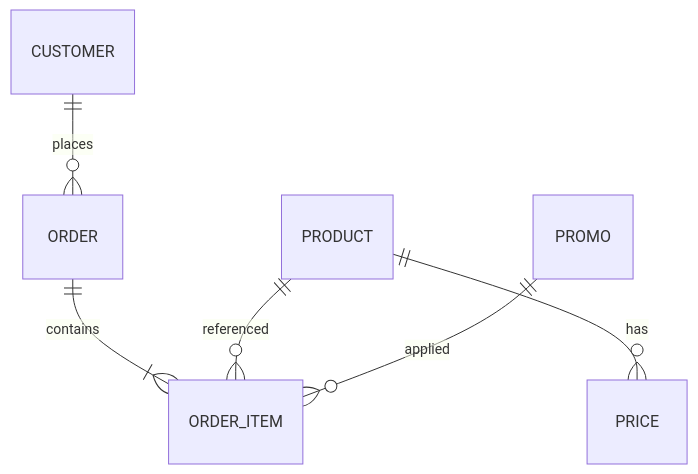
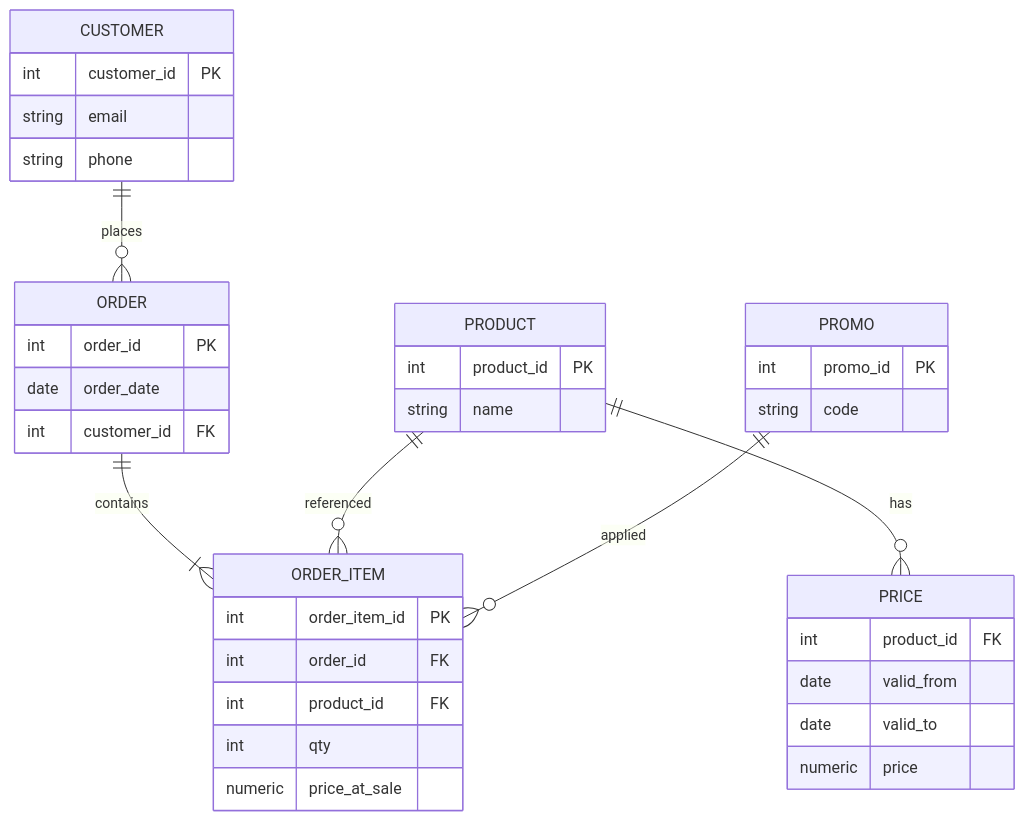
Before and after one commit to dementev-dev/de-roadmap: the first of 10 diagrams in dwh-modeling-ds.md, drawn with Mermaid. The commit also changed other lines of this file, not shown here.

````diff
--- a/dwh-modeling-ds.md
+++ b/dwh-modeling-ds.md
@@ -47,8 +47,39 @@
 ```mermaid
 erDiagram
     CUSTOMER ||--o{ ORDER : places
     ORDER ||--|{ ORDER_ITEM : contains
     PRODUCT ||--o{ ORDER_ITEM : referenced
     PRODUCT ||--o{ PRICE : has
     PROMO ||--o{ ORDER_ITEM : applied
+    CUSTOMER {
+      int customer_id PK
+      string email
+      string phone
+    }
+    PRODUCT {
+      int product_id PK
+      string name
+    }
+    ORDER {
+      int order_id PK
+      date order_date
+      int customer_id FK
+    }
+    ORDER_ITEM {
+      int order_item_id PK
+      int order_id FK
+      int product_id FK
+      int qty
+      numeric price_at_sale
+    }
+    PRICE {
+      int product_id FK
+      date valid_from
+      date valid_to
+      numeric price
+    }
+    PROMO {
+      int promo_id PK
+      string code
+    }
 ```
````
